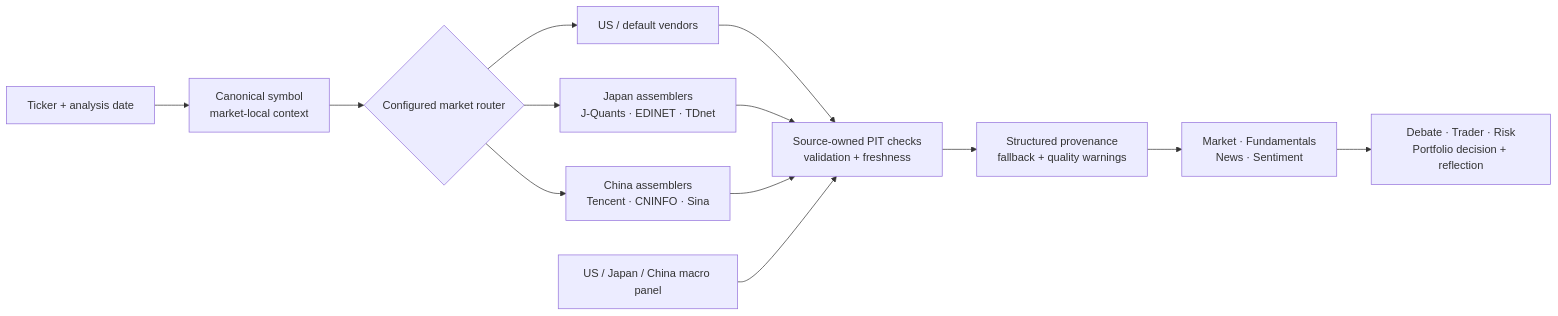
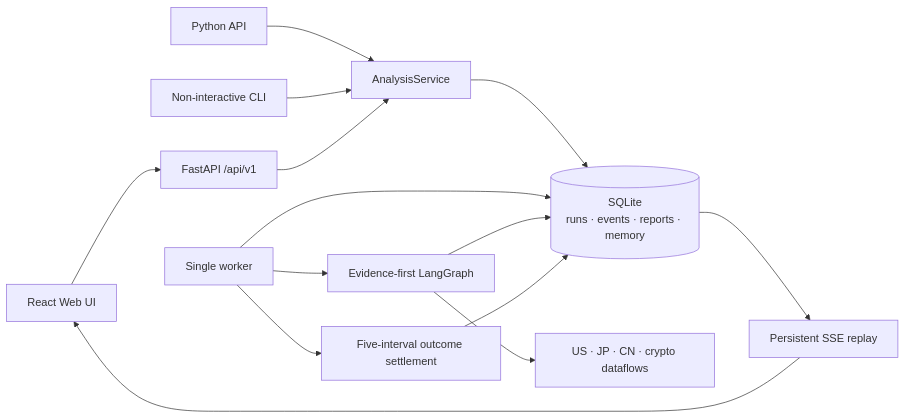
The diagram in README.md (qingchiang/trading-agents-x), drawn with Mermaid before and after one commit. The commit also changed other lines of this file and 9 other files, not shown here.

First line of the commit message:
docs(architecture): establish the independent product line

````diff
--- a/README.md
+++ b/README.md
@@ -63,15 +128,16 @@
 ```mermaid
 flowchart LR
-    Input["Ticker + analysis date"] --> Context["Canonical symbol<br/>market-local context"]
-    Context --> Router{"Configured market router"}
-    Router --> US["US / default vendors"]
-    Router --> JP["Japan assemblers<br/>J-Quants · EDINET · TDnet"]
-    Router --> CN["China assemblers<br/>Tencent · CNINFO · Sina"]
-    US --> Guard["Source-owned PIT checks<br/>validation + freshness"]
-    JP --> Guard
-    CN --> Guard
-    Macro["US / Japan / China macro panel"] --> Guard
-    Guard --> Provenance["Structured provenance<br/>fallback + quality warnings"]
-    Provenance --> Analysts["Market · Fundamentals<br/>News · Sentiment"]
-    Analysts --> Decision["Debate · Trader · Risk<br/>Portfolio decision + reflection"]
+    UI["React Web UI"] --> API["FastAPI /api/v1"]
+    PY["Python API"] --> SVC["AnalysisService"]
+    CLI["Non-interactive CLI"] --> SVC
+    API --> SVC
+    SVC --> DB[("SQLite<br/>runs · events · reports · memory")]
+    WORKER["Single worker"] --> DB
+    WORKER --> GRAPH["Evidence-first LangGraph"]
+    GRAPH --> DATA["US · JP · CN · crypto dataflows"]
+    GRAPH --> DB
+    WORKER --> OUTCOME["Five-interval outcome settlement"]
+    OUTCOME --> DB
+    DB --> SSE["Persistent SSE replay"]
+    SSE --> UI
 ```
````
